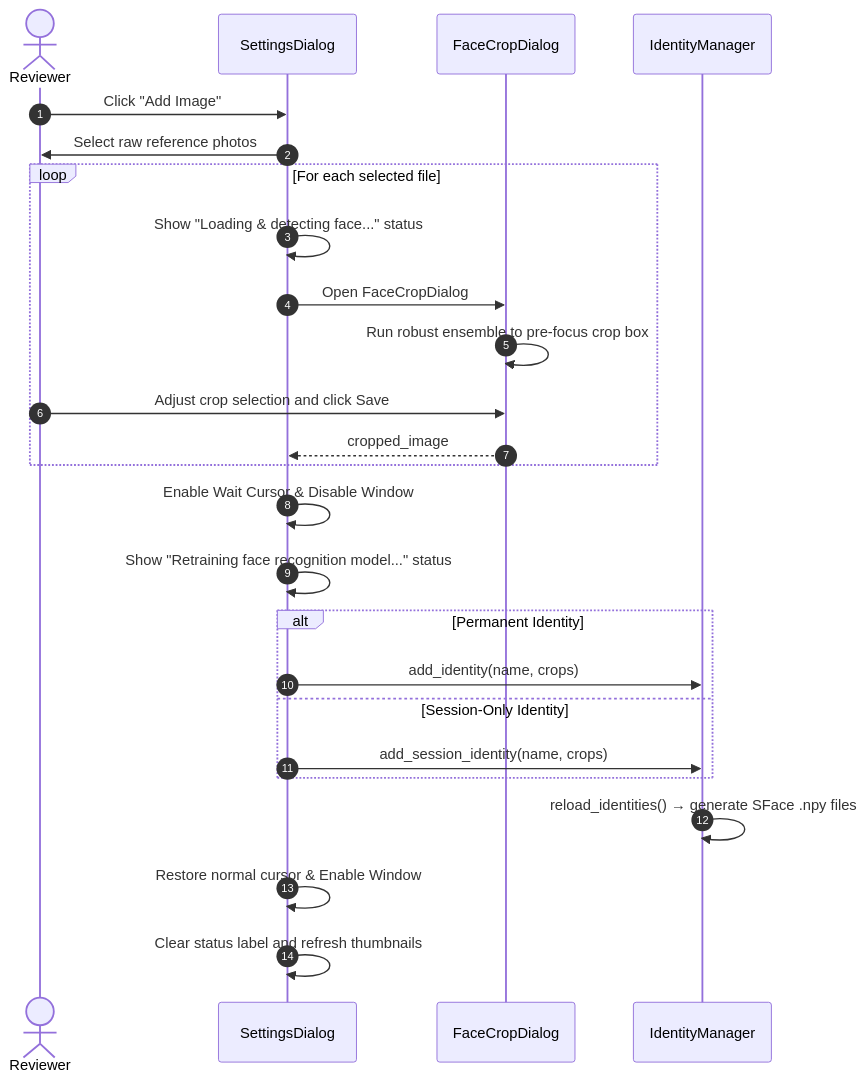
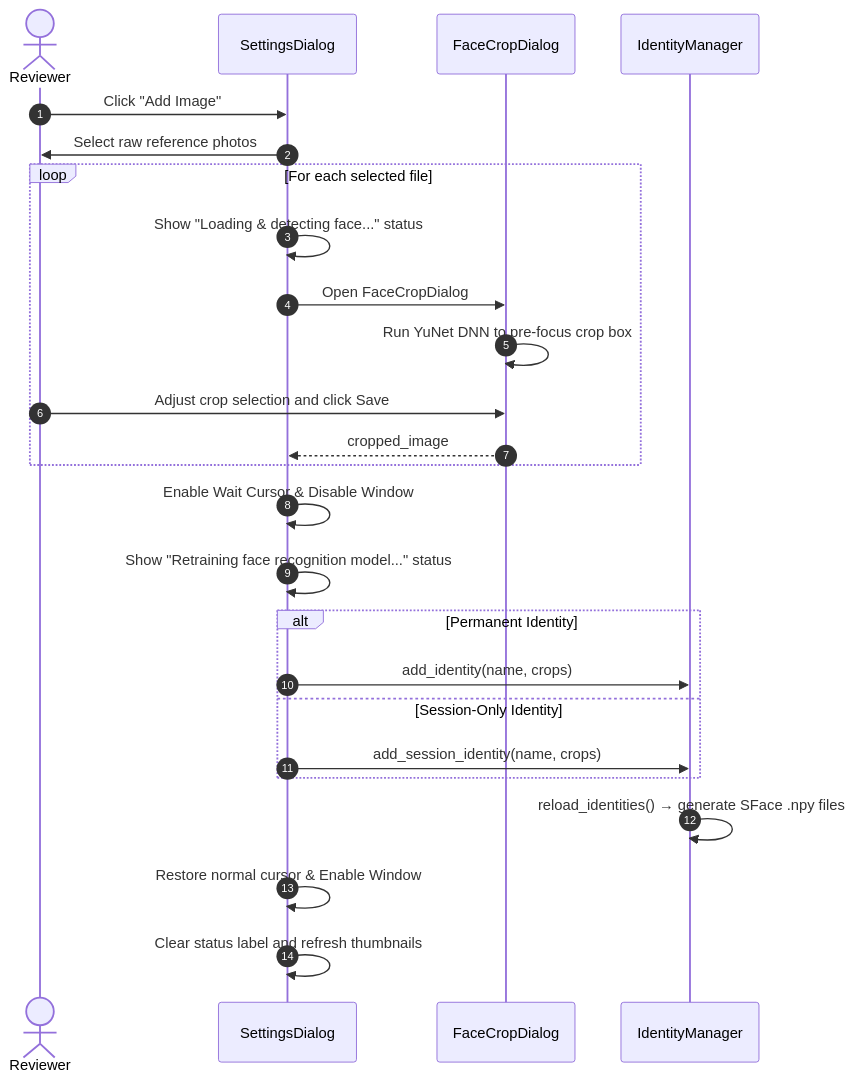
One commit to FurqanHun/SafeMARC changed the fifth of 12 diagrams in docs/architecture/workflows.md. Above: the diagram before and after it, drawn with Mermaid. The commit also changed other lines of this file and 5 other files, not shown here.

Commit message:
docs: sync architecture, features, workflows, and guidelines with YuNet and alignCrop changes

````diff
--- a/docs/architecture/workflows.md
+++ b/docs/architecture/workflows.md
@@ -214,28 +214,28 @@
 ```mermaid
 sequenceDiagram
     autonumber
     actor User as Reviewer
     participant SD as SettingsDialog
     participant CD as FaceCropDialog
     participant IM as IdentityManager
 
     User->>SD: Click "Add Image"
     SD->>User: Select raw reference photos
     loop For each selected file
         SD->>SD: Show "Loading & detecting face..." status
         SD->>CD: Open FaceCropDialog
-        CD->>CD: Run robust ensemble to pre-focus crop box
+        CD->>CD: Run YuNet DNN to pre-focus crop box
         User->>CD: Adjust crop selection and click Save
         CD-->>SD: cropped_image
     end
     SD->>SD: Enable Wait Cursor & Disable Window
     SD->>SD: Show "Retraining face recognition model..." status
     alt Permanent Identity
         SD->>IM: add_identity(name, crops)
     else Session-Only Identity
         SD->>IM: add_session_identity(name, crops)
     end
     IM->>IM: reload_identities() → generate SFace .npy files
     SD->>SD: Restore normal cursor & Enable Window
     SD->>SD: Clear status label and refresh thumbnails
 ```
````
